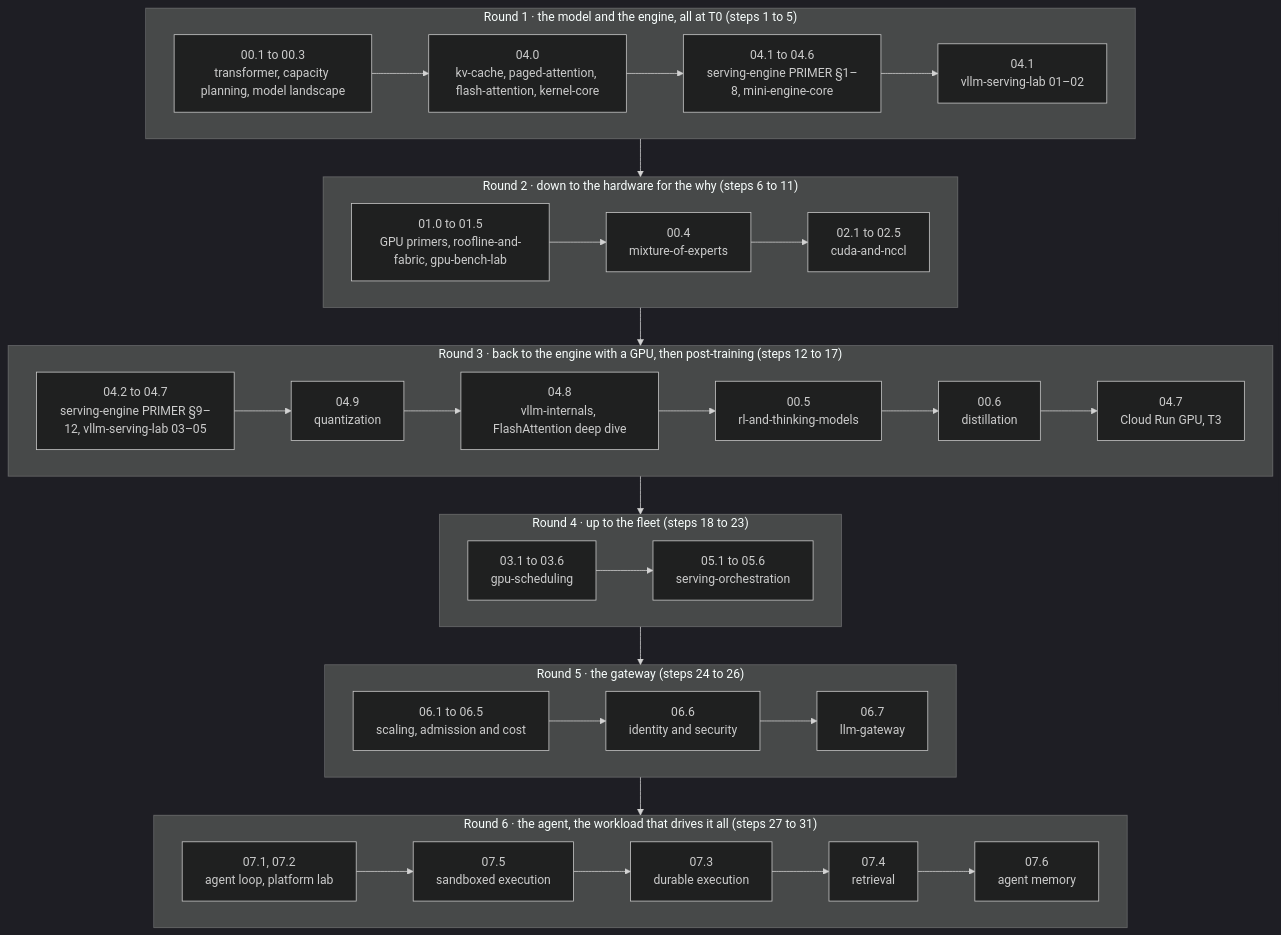
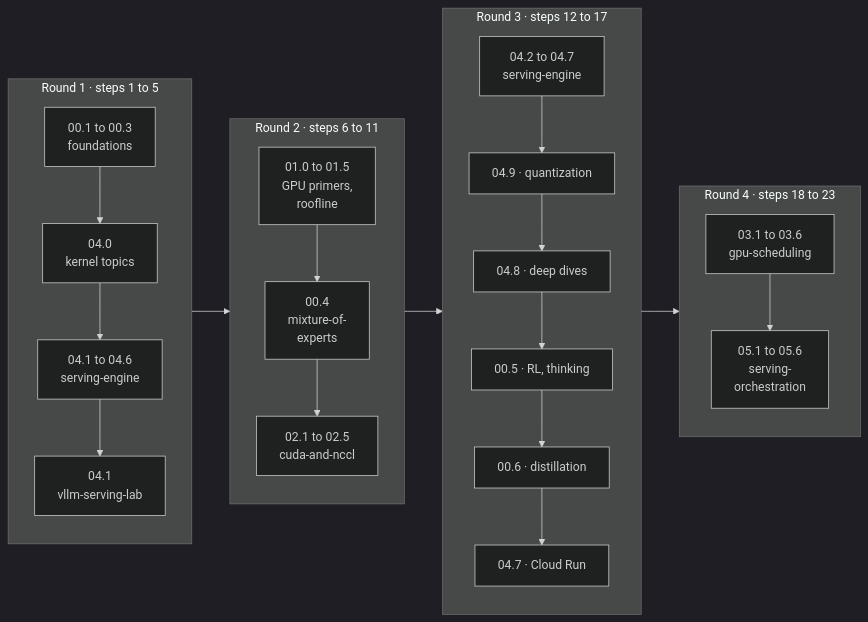
One commit to aniryou/full-stack-agentic-engineer changed the first of 2 diagrams in CURRICULUM.md. Above: the diagram before and after it, drawn with Mermaid (dark theme). The commit also changed other lines of this file and 142 other files, not shown here.

````diff
--- a/CURRICULUM.md
+++ b/CURRICULUM.md
@@ -157,28 +157,20 @@
 ```mermaid
-flowchart TB
-  subgraph R1["Round 1 · the model and the engine, all at T0 (steps 1 to 5)"]
-    direction LR
-    S1["00.1 to 00.3<br/>transformer, capacity planning, model landscape"] --> S3["04.0<br/>kv-cache, paged-attention, flash-attention, kernel-core"] --> S4["04.1 to 04.6<br/>serving-engine PRIMER §1–8, mini-engine-core"] --> S5["04.1<br/>vllm-serving-lab 01–02"]
+flowchart LR
+  subgraph R1["Round 1 · steps 1 to 5"]
+    direction TB
+    S1["00.1 to 00.3<br/>foundations"] --> S3["04.0<br/>kernel topics"] --> S4["04.1 to 04.6<br/>serving-engine"] --> S5["04.1<br/>vllm-serving-lab"]
   end
-  subgraph R2["Round 2 · down to the hardware for the why (steps 6 to 11)"]
-    direction LR
-    S6["01.0 to 01.5<br/>GPU primers, roofline-and-fabric, gpu-bench-lab"] --> S9["00.4<br/>mixture-of-experts"] --> S10["02.1 to 02.5<br/>cuda-and-nccl"]
+  subgraph R2["Round 2 · steps 6 to 11"]
+    direction TB
+    S6["01.0 to 01.5<br/>GPU primers,<br/>roofline"] --> S9["00.4<br/>mixture-of-<br/>experts"] --> S10["02.1 to 02.5<br/>cuda-and-nccl"]
   end
-  subgraph R3["Round 3 · back to the engine with a GPU, then post-training (steps 12 to 17)"]
-    direction LR
-    S12["04.2 to 04.7<br/>serving-engine PRIMER §9–12, vllm-serving-lab 03–05"] --> S13["04.9<br/>quantization"] --> S14["04.8<br/>vllm-internals, FlashAttention deep dive"] --> S15["00.5<br/>rl-and-thinking-models"] --> S16["00.6<br/>distillation"] --> S17["04.7<br/>Cloud Run GPU, T3"]
+  subgraph R3["Round 3 · steps 12 to 17"]
+    direction TB
+    S12["04.2 to 04.7<br/>serving-engine"] --> S13["04.9 · quantization"] --> S14["04.8 · deep dives"] --> S15["00.5 · RL, thinking"] --> S16["00.6 · distillation"] --> S17["04.7 · Cloud Run"]
   end
-  subgraph R4["Round 4 · up to the fleet (steps 18 to 23)"]
-    direction LR
-    S18["03.1 to 03.6<br/>gpu-scheduling"] --> S21["05.1 to 05.6<br/>serving-orchestration"]
+  subgraph R4["Round 4 · steps 18 to 23"]
+    direction TB
+    S18["03.1 to 03.6<br/>gpu-scheduling"] --> S21["05.1 to 05.6<br/>serving-<br/>orchestration"]
   end
-  subgraph R5["Round 5 · the gateway (steps 24 to 26)"]
-    direction LR
-    S24["06.1 to 06.5<br/>scaling, admission and cost"] --> S25["06.6<br/>identity and security"] --> S26["06.7<br/>llm-gateway"]
-  end
-  subgraph R6["Round 6 · the agent, the workload that drives it all (steps 27 to 31)"]
-    direction LR
-    S27["07.1, 07.2<br/>agent loop, platform lab"] --> S28["07.5<br/>sandboxed execution"] --> S29["07.3<br/>durable execution"] --> S30["07.4<br/>retrieval"] --> S31["07.6<br/>agent memory"]
-  end
-  R1 --> R2 --> R3 --> R4 --> R5 --> R6
+  R1 --> R2 --> R3 --> R4
 ```
````
